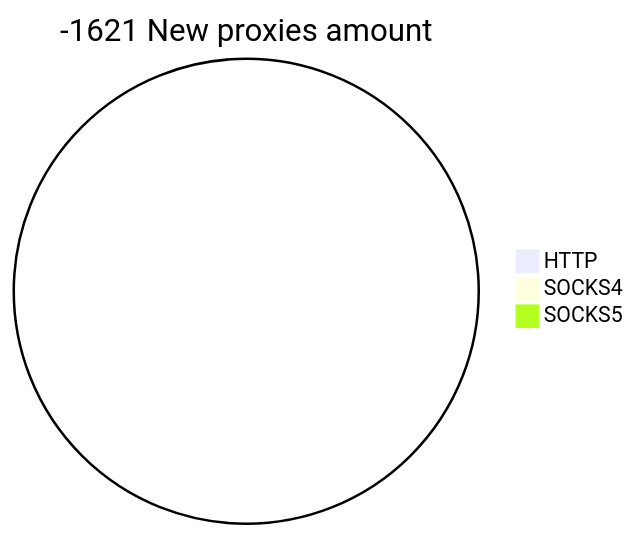
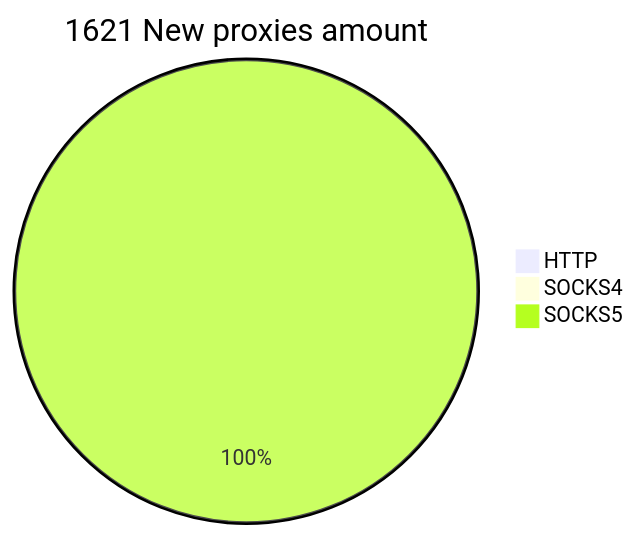
Before and after one commit to cutipu/proxylist: the second of 2 diagrams in README.md, drawn with Mermaid. The commit also changed other lines of this file, not shown here.

````diff
--- a/README.md
+++ b/README.md
@@ -10,6 +10,6 @@
 ```mermaid
-pie title -1621 New proxies amount
+pie title 1621 New proxies amount
     "HTTP" : 0
     "SOCKS4" : 0
-    "SOCKS5" : 0
+    "SOCKS5" : 1621
 ```
````
